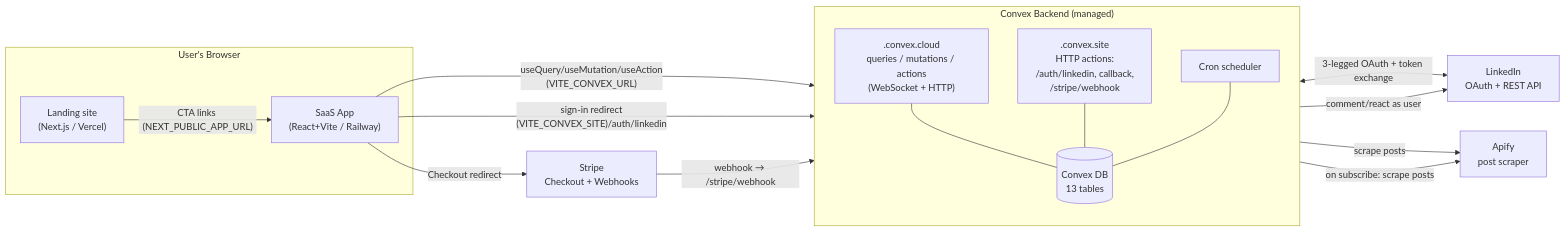
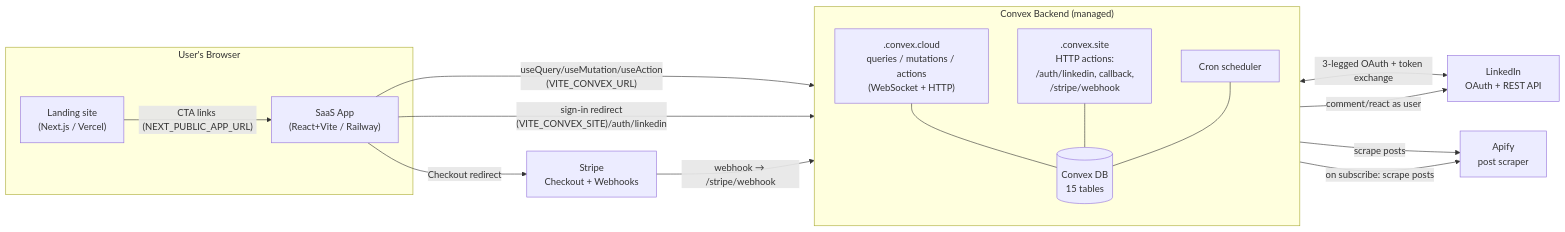
One commit to henriko202/glowing-octo-guide changed the first of 17 diagrams in docs/PLATFORM.md. Above: the diagram before and after it, drawn with Mermaid. The commit also changed other lines of this file and 36 other files, not shown here.

````diff
--- a/docs/PLATFORM.md
+++ b/docs/PLATFORM.md
@@ -102,32 +103,32 @@
 ```mermaid
 flowchart LR
   subgraph Client["User's Browser"]
     Landing["Landing site<br/>(Next.js / Vercel)"]
     App["SaaS App<br/>(React+Vite / Railway)"]
   end
 
   subgraph Convex["Convex Backend (managed)"]
     direction TB
     Cloud[".convex.cloud<br/>queries / mutations / actions<br/>(WebSocket + HTTP)"]
     Site[".convex.site<br/>HTTP actions:<br/>/auth/linkedin, callback,<br/>/stripe/webhook"]
-    DB[("Convex DB<br/>13 tables")]
+    DB[("Convex DB<br/>15 tables")]
     Crons["Cron scheduler"]
     Cloud --- DB
     Site --- DB
     Crons --- DB
   end
 
   LinkedIn["LinkedIn<br/>OAuth + REST API"]
   Stripe["Stripe<br/>Checkout + Webhooks"]
   Apify["Apify<br/>post scraper"]
 
   Landing -- "CTA links (NEXT_PUBLIC_APP_URL)" --> App
   App -- "useQuery/useMutation/useAction<br/>(VITE_CONVEX_URL)" --> Cloud
   App -- "sign-in redirect<br/>(VITE_CONVEX_SITE)/auth/linkedin" --> Site
   Site <-- "3-legged OAuth + token exchange" --> LinkedIn
   Cloud -- "comment/react as user" --> LinkedIn
   App -- "Checkout redirect" --> Stripe
   Stripe -- "webhook → /stripe/webhook" --> Site
   Crons -- "scrape posts" --> Apify
   Cloud -- "on subscribe: scrape posts" --> Apify
 ```
````
